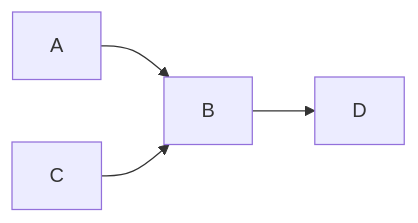
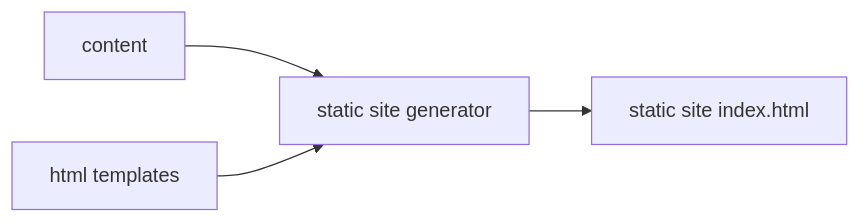
Before and after one commit to enkron/enkron.github.io: the diagram in README.md, drawn with Mermaid.

Commit message:
test: flowchart in README

````diff
--- a/README.md
+++ b/README.md
@@ -4,6 +4,6 @@
 ```mermaid
-    graph LR;
-    A-->B;
-    C-->B;
-    B-->D;
+    flowchart LR;
+    A[content] --> B[static site generator];
+    C[html templates]-->B;
+    B-->D[static site index.html];
 ```
````
